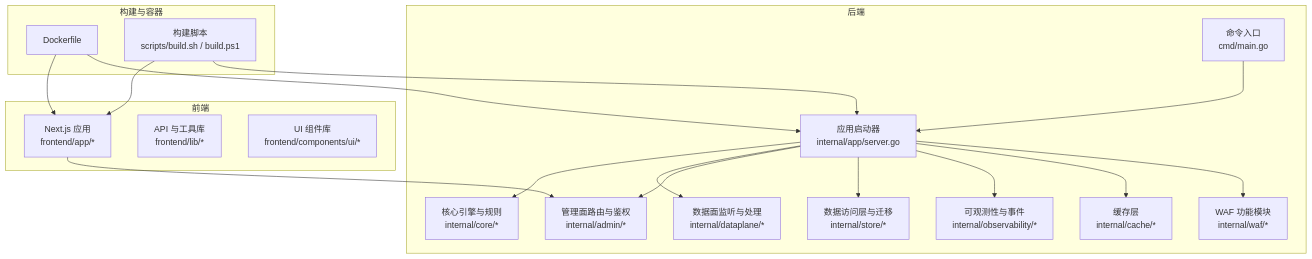
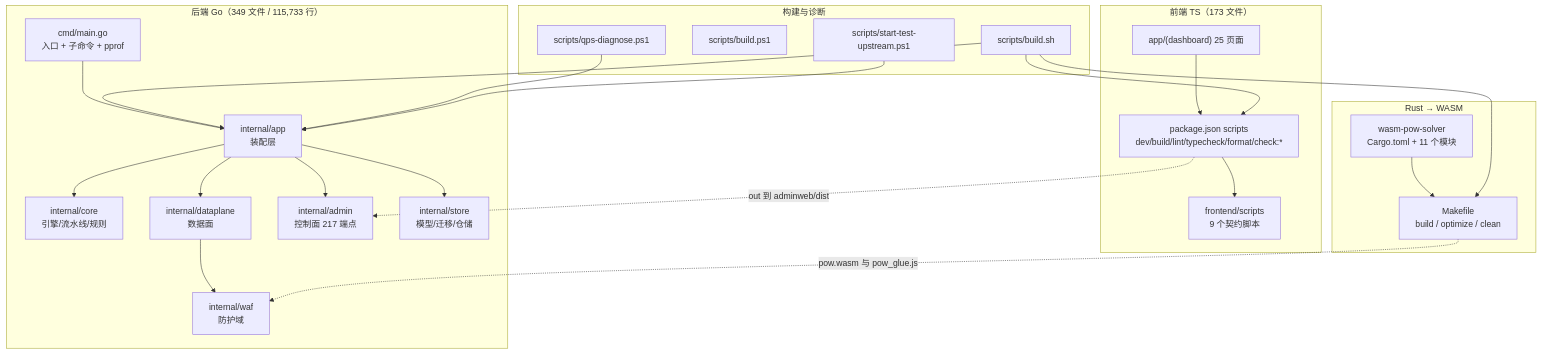
Before and after one commit to x01n/My-OpenWaf: the first of 4 diagrams in docs/项目概述/开发者指南.md, drawn with Mermaid. The commit also changed other lines of this file and 622 other files, not shown here.

````diff
--- a/docs/项目概述/开发者指南.md
+++ b/docs/项目概述/开发者指南.md
@@ -50,36 +65,43 @@
 ```mermaid
 graph TB
-subgraph "后端"
-CMD["命令入口<br/>cmd/main.go"]
-APP["应用启动器<br/>internal/app/server.go"]
-CORE["核心引擎与规则<br/>internal/core/*"]
-DATAPLANE["数据面监听与处理<br/>internal/dataplane/*"]
-ADMIN["管理面路由与鉴权<br/>internal/admin/*"]
-STORE["数据访问层与迁移<br/>internal/store/*"]
-OBS["可观测性与事件<br/>internal/observability/*"]
-CACHE["缓存层<br/>internal/cache/*"]
-WAF["WAF 功能模块<br/>internal/waf/*"]
-end
-subgraph "前端"
-NEXT["Next.js 应用<br/>frontend/app/*"]
-LIB["API 与工具库<br/>frontend/lib/*"]
-UI["UI 组件库<br/>frontend/components/ui/*"]
-end
-subgraph "构建与容器"
-DOCKER["Dockerfile"]
-SH["构建脚本<br/>scripts/build.sh / build.ps1"]
-end
-CMD --> APP
-APP --> CORE
-APP --> DATAPLANE
-APP --> ADMIN
-APP --> STORE
-APP --> OBS
-APP --> CACHE
-APP --> WAF
-NEXT --> ADMIN
-DOCKER --> NEXT
-DOCKER --> APP
-SH --> NEXT
-SH --> APP
+  subgraph BE["后端 Go（349 文件 / 115,733 行）"]
+    CMD["cmd/main.go<br/>入口 + 子命令 + pprof"]
+    APP["internal/app<br/>装配层"]
+    CORE["internal/core<br/>引擎/流水线/规则"]
+    DP["internal/dataplane<br/>数据面"]
+    WAF["internal/waf<br/>防护域"]
+    ADM["internal/admin<br/>控制面 217 端点"]
+    STO["internal/store<br/>模型/迁移/仓储"]
+    CMD --> APP
+    APP --> CORE
+    APP --> DP
+    APP --> ADM
+    APP --> STO
+    DP --> WAF
+  end
+  subgraph FE["前端 TS（173 文件）"]
+    PKG["package.json scripts<br/>dev/build/lint/typecheck/format/check:*"]
+    SCR["frontend/scripts<br/>9 个契约脚本"]
+    NEXT["app/(dashboard) 25 页面"]
+    PKG --> SCR
+    NEXT --> PKG
+  end
+  subgraph WS["Rust → WASM"]
+    CARGO["wasm-pow-solver<br/>Cargo.toml + 11 个模块"]
+    MK["Makefile<br/>build / optimize / clean"]
+    CARGO --> MK
+  end
+  subgraph TOOL["构建与诊断"]
+    SH["scripts/build.sh"]
+    PS["scripts/build.ps1"]
+    QPS["scripts/qps-diagnose.ps1"]
+    UPS["scripts/start-test-upstream.ps1"]
+  end
+  MK -. "pow.wasm 与 pow_glue.js" .-> WAF
+  PKG -. "out 到 adminweb/dist" .-> ADM
+  SH --> PKG
+  SH --> MK
+  SH --> APP
+  QPS --> APP
+  UPS --> APP
 ```
````
